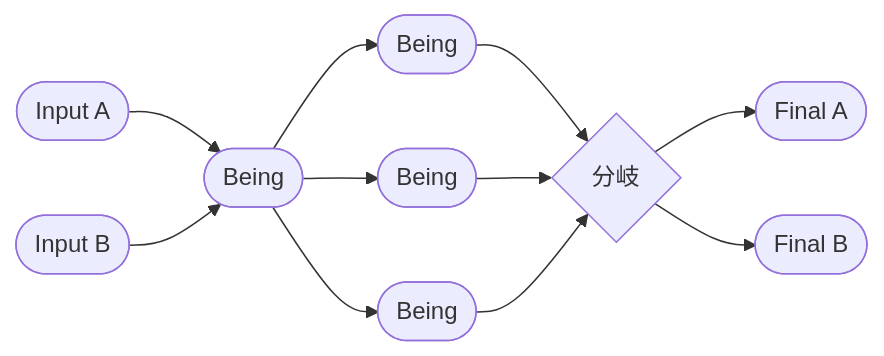
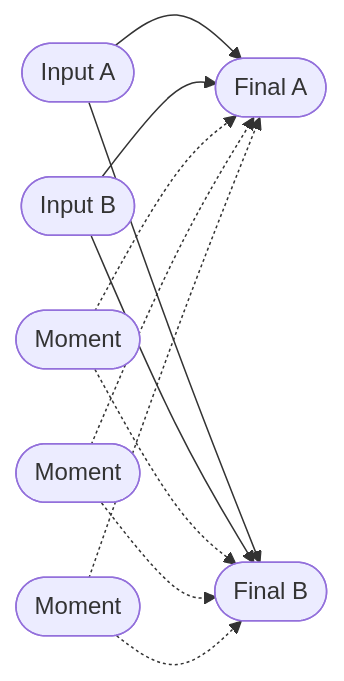
Before and after one commit to be-framework/be-demos: the eighth of 8 diagrams in README.ja.md, drawn with Mermaid. The commit also changed other lines of this file and 1 other file, not shown here.

First line of the commit message:
README: align pattern diagrams with patterns.json (CodeRabbit review)

````diff
--- a/README.ja.md
+++ b/README.ja.md
@@ -158,13 +144,10 @@
 ```mermaid
 flowchart LR
-    I1([Input A]) --> C([Being])
-    I2([Input B]) --> C
-    C --> P1([Being])
-    C --> P2([Being])
-    C --> P3([Being])
-    P1 --> D{分岐}
-    P2 --> D
-    P3 --> D
-    D --> F1([Final A])
-    D --> F2([Final B])
+    I1([Input A]) --> F1([Final A])
+    I1 --> F2([Final B])
+    I2([Input B]) --> F1
+    I2 --> F2
+    M1([Moment]) -.-> F1 & F2
+    M2([Moment]) -.-> F1 & F2
+    M3([Moment]) -.-> F1 & F2
 ```
````
